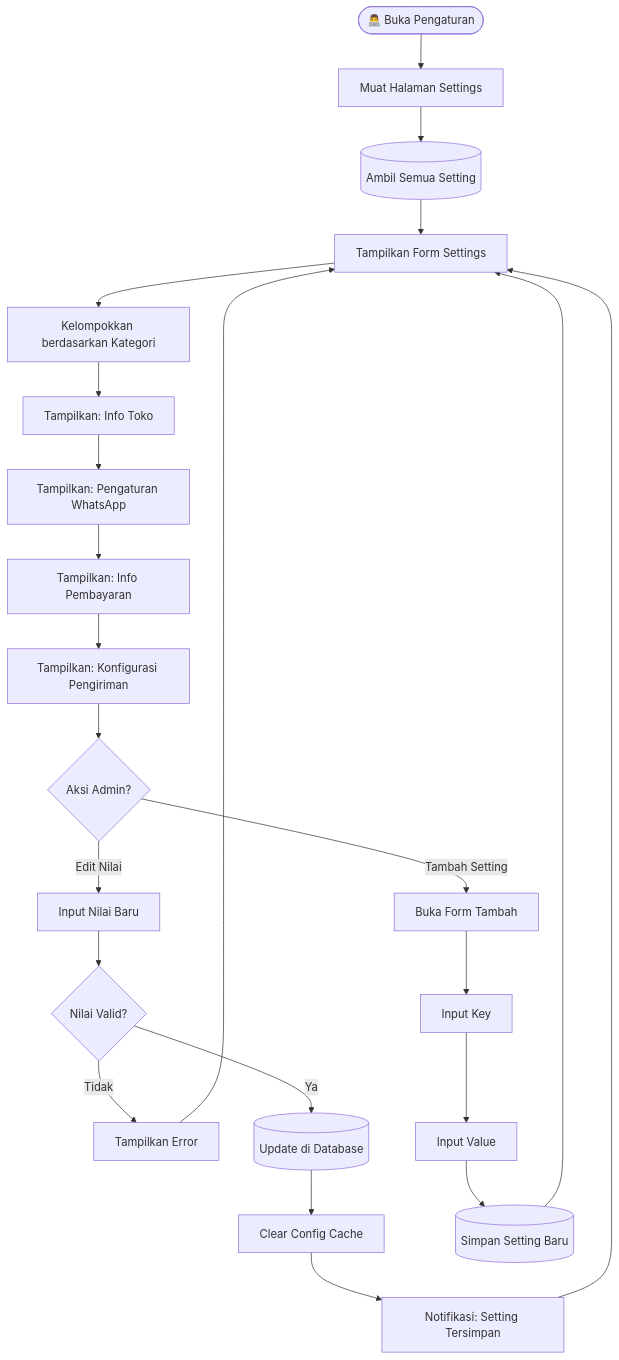
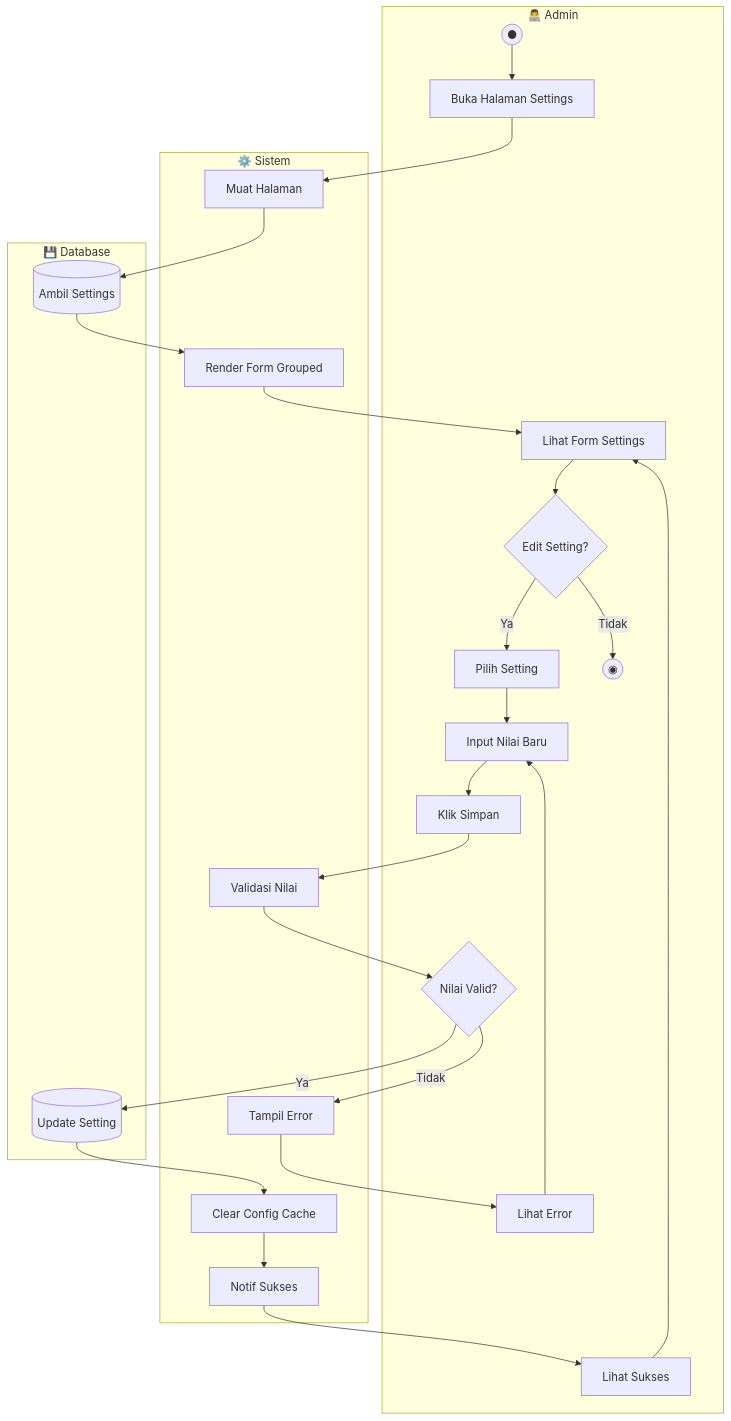
Before and after one commit to mustarisyahding07-spec/WEBSITE_SKRIPSI_MUSTARI: diagram 17 of 17 in docs/ACTIVITY_DIAGRAMS.md, drawn with Mermaid. The commit also changed other lines of this file, not shown here.

Commit message:
docs: update activity diagrams with swimlane format

````diff
--- a/docs/ACTIVITY_DIAGRAMS.md
+++ b/docs/ACTIVITY_DIAGRAMS.md
@@ -709,27 +1064,51 @@
 ```mermaid
 flowchart TD
-    Start([👨‍💻 Buka Pengaturan]) --> LoadPage[Muat Halaman Settings]
-    LoadPage --> FetchSettings[(Ambil Semua Setting)]
-    FetchSettings --> DisplayForm[Tampilkan Form Settings]
-    DisplayForm --> GroupedSettings[Kelompokkan berdasarkan Kategori]
-    GroupedSettings --> DisplayStoreInfo[Tampilkan: Info Toko]
-    DisplayStoreInfo --> DisplayWhatsApp[Tampilkan: Pengaturan WhatsApp]
-    DisplayWhatsApp --> DisplayPayment[Tampilkan: Info Pembayaran]
-    DisplayPayment --> DisplayShippingConfig[Tampilkan: Konfigurasi Pengiriman]
-    DisplayShippingConfig --> UserAction{Aksi Admin?}
+    subgraph Admin["👨‍💻 Admin"]
+        A1((●))
+        A2[Buka Halaman Settings]
+        A3[Lihat Form Settings]
+        A4{Edit Setting?}
+        A5[Pilih Setting]
+        A6[Input Nilai Baru]
+        A7[Klik Simpan]
+        A8{Nilai Valid?}
+        A9[Lihat Error]
+        A10[Lihat Sukses]
+        A11((◉))
+    end
     
-    UserAction -->|Edit Nilai| InputNewValue[Input Nilai Baru]
-    InputNewValue --> ValidateValue{Nilai Valid?}
-    ValidateValue -->|Tidak| ShowError[Tampilkan Error]
-    ShowError --> DisplayForm
-    ValidateValue -->|Ya| SaveSetting[(Update di Database)]
-    SaveSetting --> ClearCache[Clear Config Cache]
-    ClearCache --> ShowSuccess[Notifikasi: Setting Tersimpan]
-    ShowSuccess --> DisplayForm
+    subgraph Sistem["⚙️ Sistem"]
+        S1[Muat Halaman]
+        S2[Render Form Grouped]
+        S3[Validasi Nilai]
+        S4[Tampil Error]
+        S5[Clear Config Cache]
+        S6[Notif Sukses]
+    end
     
-    UserAction -->|Tambah Setting| OpenAddForm[Buka Form Tambah]
-    OpenAddForm --> InputKey[Input Key]
-    InputKey --> InputValue[Input Value]
-    InputValue --> SaveNewSetting[(Simpan Setting Baru)]
-    SaveNewSetting --> DisplayForm
+    subgraph Database["💾 Database"]
+        D1[(Ambil Settings)]
+        D2[(Update Setting)]
+    end
+    
+    A1 --> A2
+    A2 --> S1
+    S1 --> D1
+    D1 --> S2
+    S2 --> A3
+    A3 --> A4
+    A4 -->|Ya| A5
+    A5 --> A6
+    A6 --> A7
+    A7 --> S3
+    S3 --> A8
+    A8 -->|Tidak| S4
+    S4 --> A9
+    A9 --> A6
+    A8 -->|Ya| D2
+    D2 --> S5
+    S5 --> S6
+    S6 --> A10
+    A10 --> A3
+    A4 -->|Tidak| A11
 ```
````
